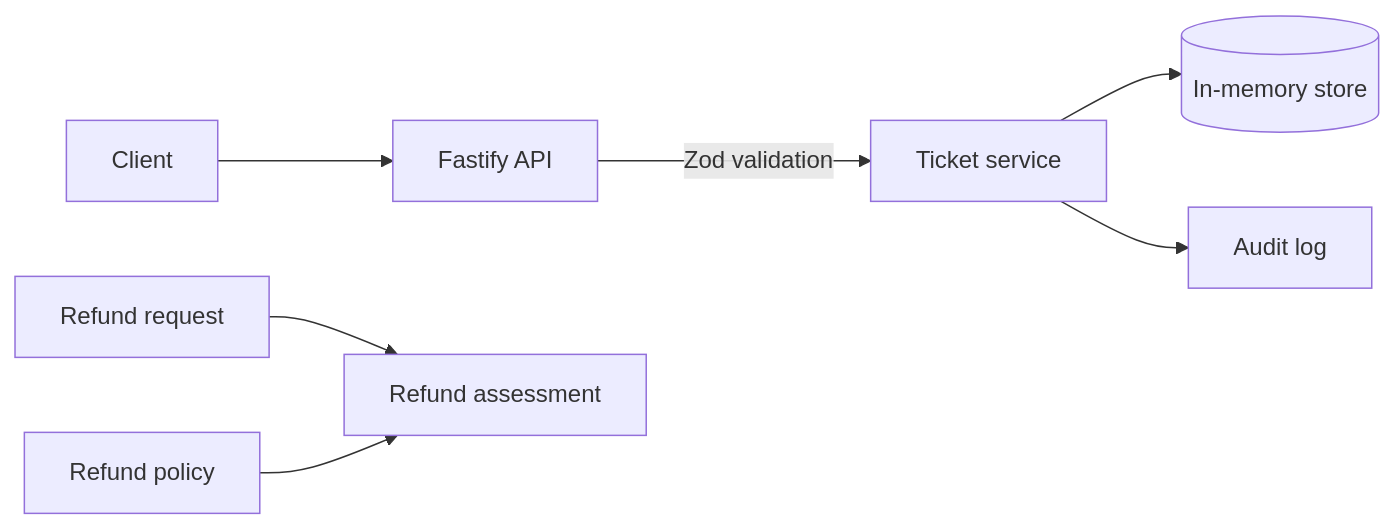
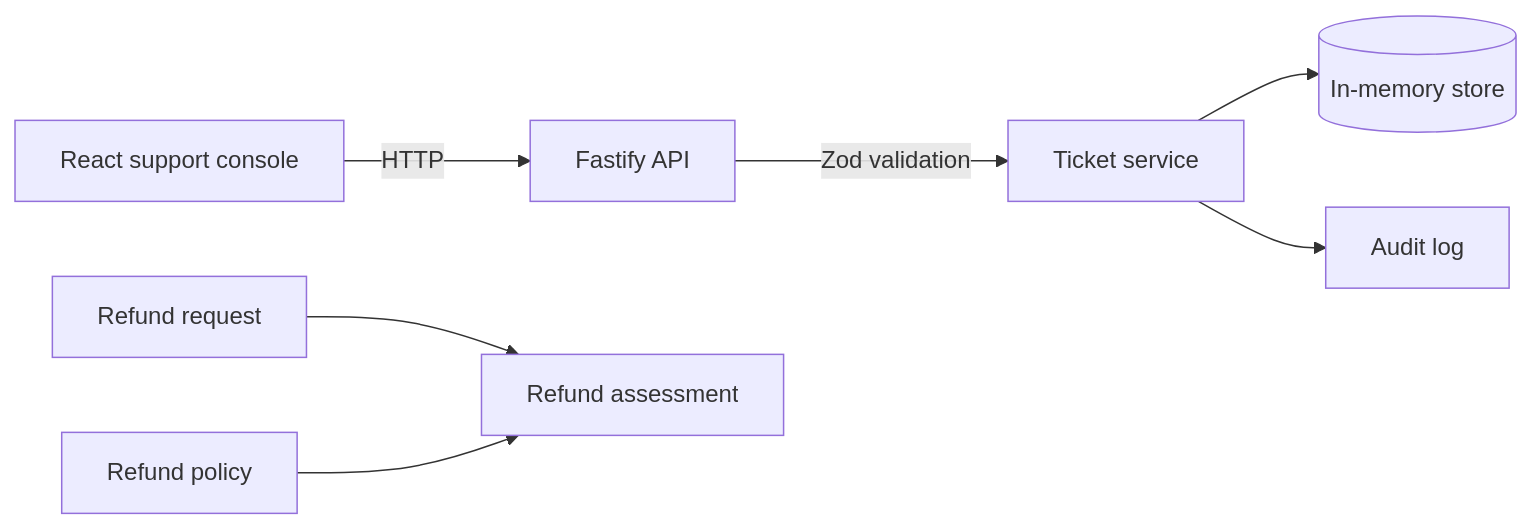
The diagram in README.md (erfanal1n/ai-support-operations-platform), drawn with Mermaid before and after one commit. The commit also changed other lines of this file and 13 other files, not shown here.

Commit message:
feat(web): add support operations console

````diff
--- a/README.md
+++ b/README.md
@@ -19,9 +19,9 @@
 ```mermaid
 flowchart LR
-  Client --> API[Fastify API]
+  Console[React support console] -->|HTTP| API[Fastify API]
   API -->|Zod validation| TicketService[Ticket service]
   TicketService --> Store[(In-memory store)]
   TicketService --> Audit[Audit log]
   RefundRequest[Refund request] --> Assessment[Refund assessment]
   Policy[Refund policy] --> Assessment
 ```
````
